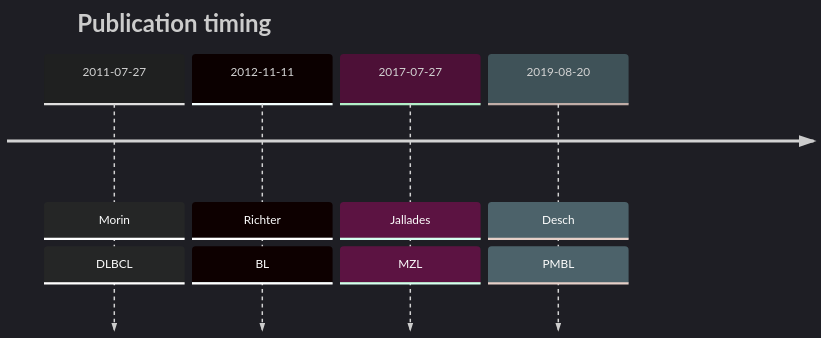
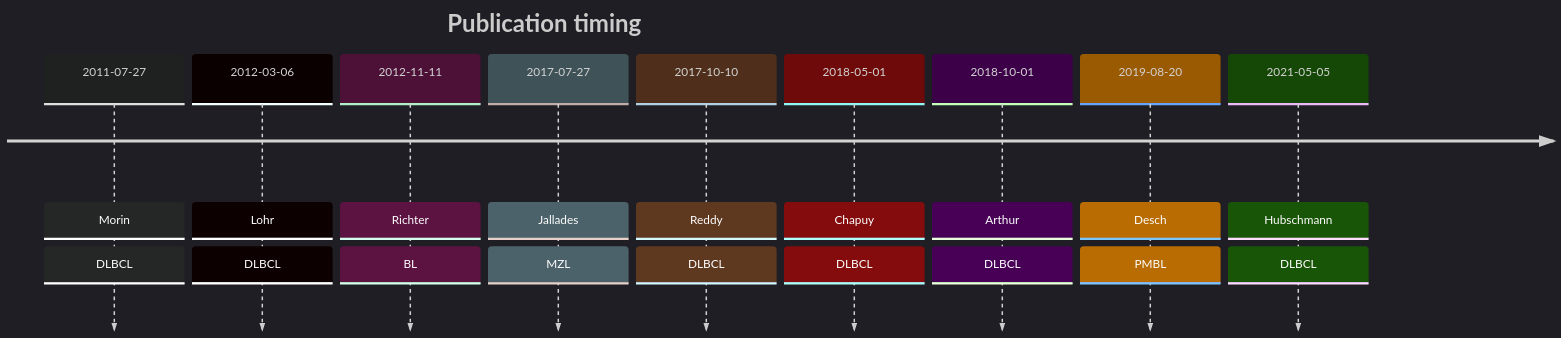
Before and after one commit to morinlab/lymphopedia: the diagram in CCND3.md, drawn with Mermaid.

````diff
--- a/CCND3.md
+++ b/CCND3.md
@@ -15,9 +15,15 @@
 ```mermaid
 %%{init: { 'logLevel': 'debug', 'theme': 'dark' } }%%
 timeline
     title Publication timing
-      2011-07-27 : Morin : DLBCL
+2011-07-27 : Morin : DLBCL
+2012-03-06 : Lohr : DLBCL
       2012-11-11 : Richter : BL
       2017-07-27 : Jallades : MZL
-      2019-08-20 : Desch : PMBL
+2017-10-10 : Reddy : DLBCL
+2018-05-01 : Chapuy : DLBCL
+2018-10-01 : Arthur : DLBCL
+2019-08-20 : Desch : PMBL
+2021-05-05 : Hubschmann : DLBCL
+
 ```
````
